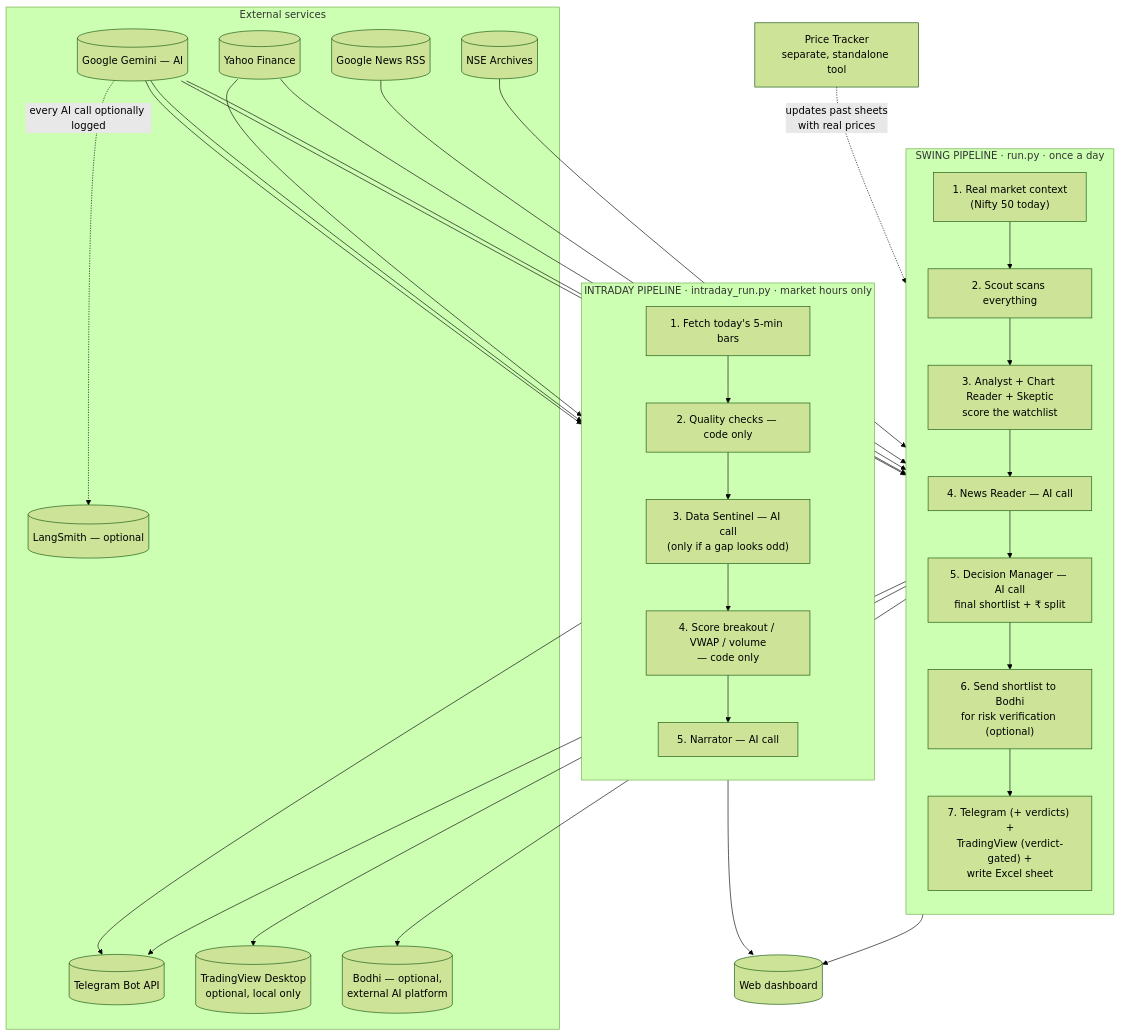
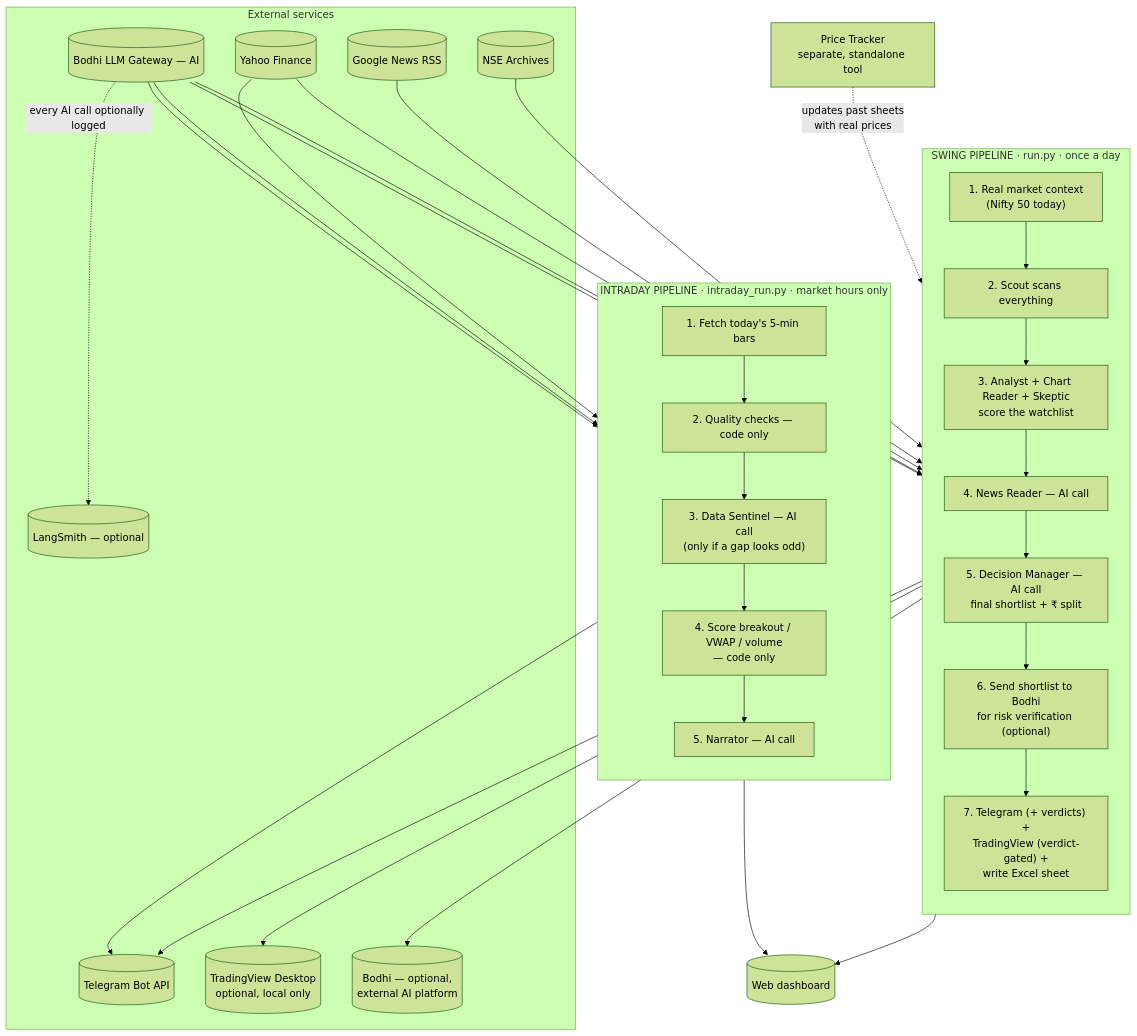
Before and after one commit to Diksha20Bhatia/ai-equity-analyst: the fourth of 4 diagrams in PROJECT_OVERVIEW.md, drawn with Mermaid (forest theme). The commit also changed other lines of this file and 16 other files, not shown here.

Commit message:
Google vs bodhi gateway

````diff
--- a/PROJECT_OVERVIEW.md
+++ b/PROJECT_OVERVIEW.md
@@ -197,50 +199,50 @@
 ```mermaid
 flowchart TB
     subgraph Sources["External services"]
         Yahoo[("Yahoo Finance")]
         News[("Google News RSS")]
         NSEArc[("NSE Archives")]
-        Gemini[("Google Gemini — AI")]
+        Gemini[("Bodhi LLM Gateway — AI")]
         Telegram[("Telegram Bot API")]
         LS[("LangSmith — optional")]
         TV[("TradingView Desktop<br/>optional, local only")]
         BodhiSvc[("Bodhi — optional,<br/>external AI platform")]
     end
 
     subgraph Swing["SWING PIPELINE  ·  run.py  ·  once a day"]
         direction TB
         S1["1. Real market context<br/>(Nifty 50 today)"]
         S2["2. Scout scans everything"]
         S3["3. Analyst + Chart Reader + Skeptic<br/>score the watchlist"]
         S4["4. News Reader — AI call"]
         S5["5. Decision Manager — AI call<br/>final shortlist + ₹ split"]
         S6["6. Send shortlist to Bodhi<br/>for risk verification (optional)"]
         S7["7. Telegram (+ verdicts) +<br/>TradingView (verdict-gated) +<br/>write Excel sheet"]
         S1 --> S2 --> S3 --> S4 --> S5 --> S6 --> S7
     end
 
     subgraph Intraday["INTRADAY PIPELINE  ·  intraday_run.py  ·  market hours only"]
         direction TB
         I1["1. Fetch today's 5-min bars"]
         I2["2. Quality checks — code only"]
         I3["3. Data Sentinel — AI call<br/>(only if a gap looks odd)"]
         I4["4. Score breakout / VWAP / volume<br/>— code only"]
         I5["5. Narrator — AI call"]
         I1 --> I2 --> I3 --> I4 --> I5
     end
 
     Yahoo & News & NSEArc --> Swing
     Yahoo --> Intraday
     Gemini --> S4
     Gemini --> S5
     Gemini --> I3
     Gemini --> I5
     Swing --> Telegram
     Intraday --> Telegram
     S6 --> BodhiSvc
     S7 --> TV
     Swing --> Dash[("Web dashboard")]
     Intraday --> Dash
     Tracker["Price Tracker<br/>separate, standalone tool"] -.->|updates past sheets<br/>with real prices| S6
     Gemini -.->|every AI call optionally logged| LS
 ```
````
